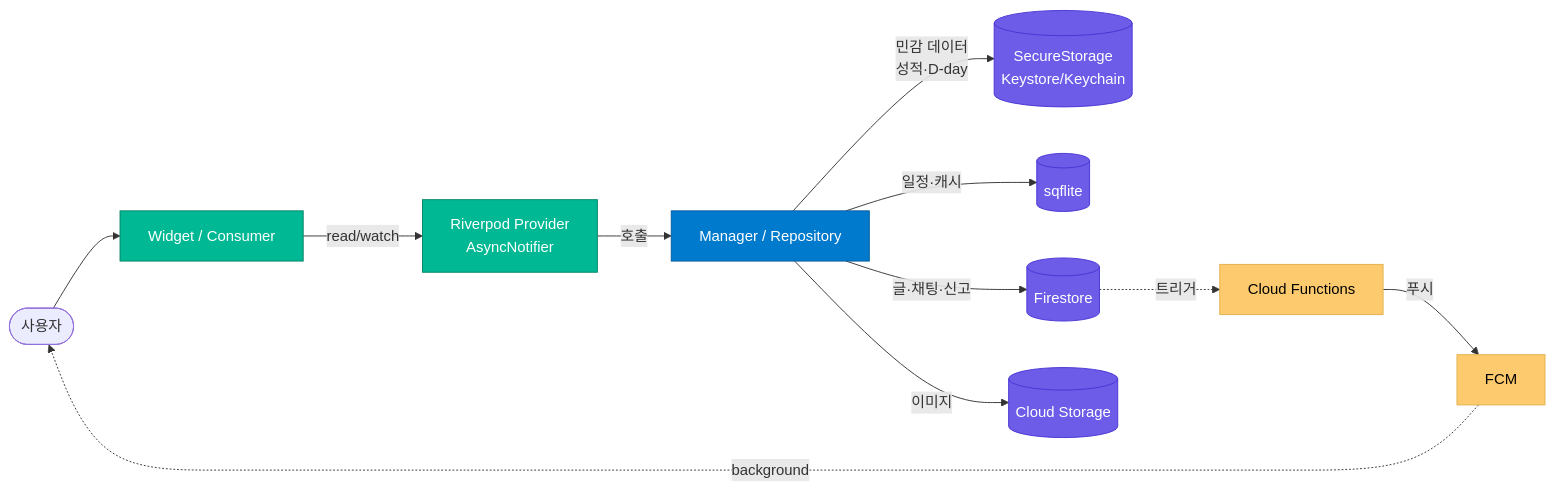
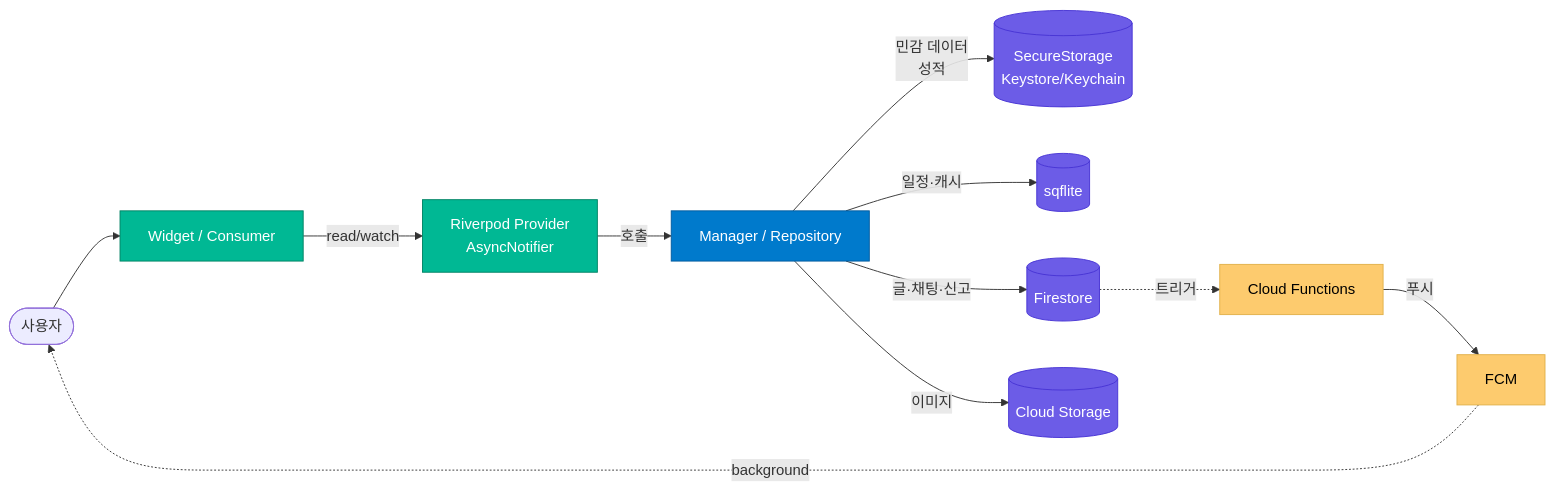
The third of 4 diagrams in README.md (Monkshark/hansol_hs_flutter_app), drawn with Mermaid before and after one commit. The commit also changed other lines of this file and 1 other file, not shown here.

First line of the commit message:
README 민감 데이터 row D-day 제거 + Firestore Rules CI Java 21 업그레이드

````diff
--- a/README.md
+++ b/README.md
@@ -158,24 +158,24 @@
 ```mermaid
 graph LR
     User([사용자]) --> Widget[Widget / Consumer]
     Widget -->|read/watch| Provider[Riverpod Provider<br/>AsyncNotifier]
     Provider -->|호출| Manager[Manager / Repository]
 
-    Manager -->|민감 데이터<br/>성적·D-day| Secure[(SecureStorage<br/>Keystore/Keychain)]
+    Manager -->|민감 데이터<br/>성적| Secure[(SecureStorage<br/>Keystore/Keychain)]
     Manager -->|일정·캐시| SQLite[(sqflite)]
     Manager -->|글·채팅·신고| Firestore[(Firestore)]
     Manager -->|이미지| Storage[(Cloud Storage)]
 
     Firestore -.트리거.-> Functions[Cloud Functions]
     Functions -->|푸시| FCM[FCM]
     FCM -.->|background| User
 
     classDef ui fill:#00b894,color:#fff,stroke:#008264
     classDef state fill:#007acc,color:#fff,stroke:#005a9e
     classDef store fill:#6c5ce7,color:#fff,stroke:#4834d4
     classDef server fill:#fdcb6e,color:#000,stroke:#e1b14a
     class Widget,Provider ui
     class Manager state
     class Secure,SQLite,Firestore,Storage store
     class Functions,FCM server
 ```
````
